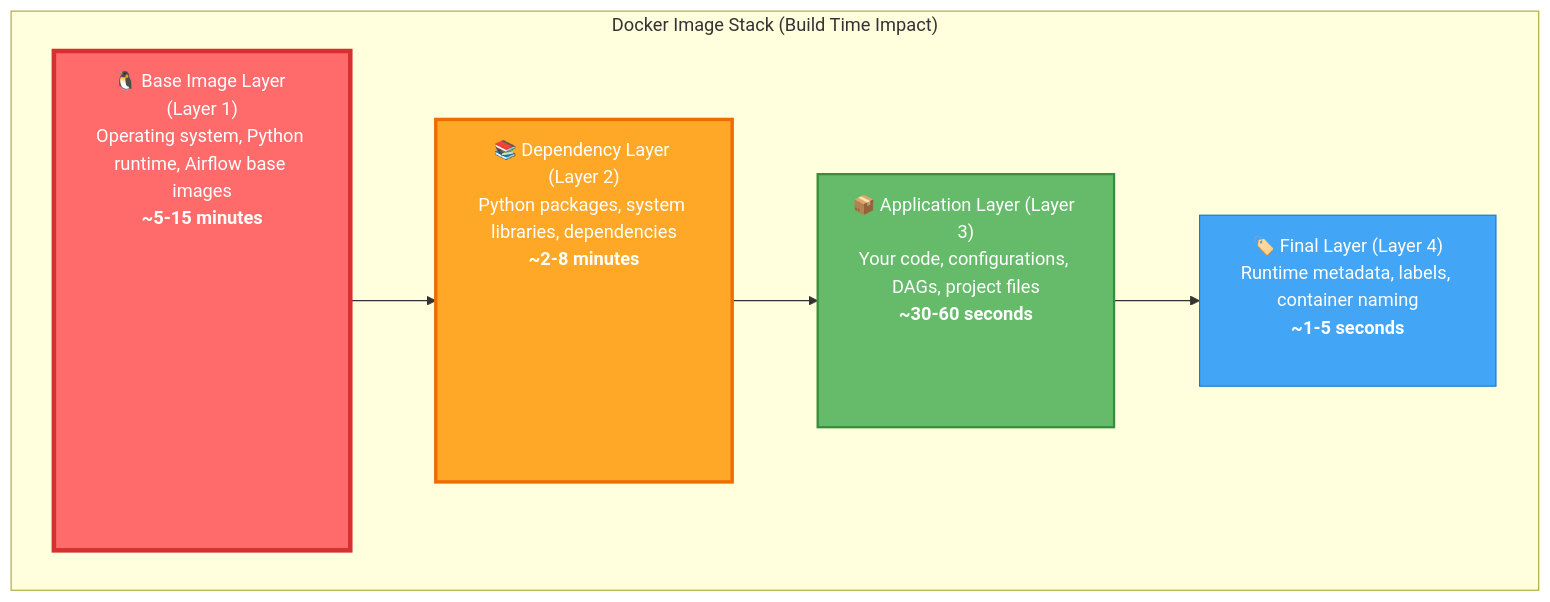
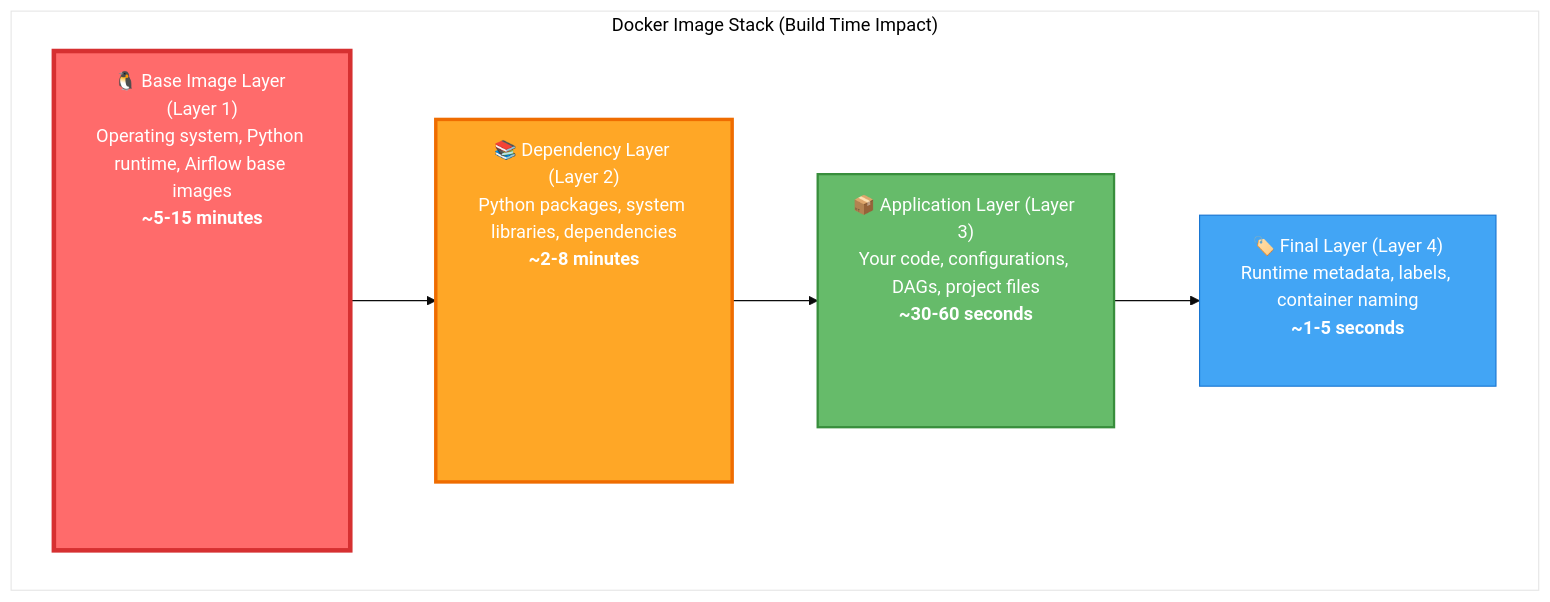
One commit to Troubladore/data-eng-template changed the diagram in docs/template-configuration.md. Above: the diagram before and after it, drawn with Mermaid.

Commit message:
fix: Disable Mermaid diagram controls for cleaner presentation
- Add configuration to remove distracting zoom/pan controls
- Clean base theme for professional documentation
- Focus on content rather than interactive elements

🤖 Generated with [Claude Code](https://claude.ai/code)

````diff
--- a/docs/template-configuration.md
+++ b/docs/template-configuration.md
@@ -11,18 +11,20 @@
 ```mermaid
+%%{init: {'theme':'base', 'themeVariables': { 'primaryColor': '#ffffff'}}}%%
+%%{config: { 'flowchart': { 'htmlLabels': false, 'curve': 'linear' }, 'securityLevel': 'loose' } }%%
 graph TD
     subgraph "Docker Image Stack (Build Time Impact)"
         L4["🏷️ Final Layer (Layer 4)<br/>Runtime metadata, labels, container naming<br/><b>~1-5 seconds</b><br/><br/>"]
         L3["📦 Application Layer (Layer 3)<br/>Your code, configurations, DAGs, project files<br/><b>~30-60 seconds</b><br/><br/><br/><br/>"]
         L2["📚 Dependency Layer (Layer 2)<br/>Python packages, system libraries, dependencies<br/><b>~2-8 minutes</b><br/><br/><br/><br/><br/><br/><br/><br/>"]
         L1["🐧 Base Image Layer (Layer 1)<br/>Operating system, Python runtime, Airflow base images<br/><b>~5-15 minutes</b><br/><br/><br/><br/><br/><br/><br/><br/><br/><br/><br/><br/>"]
     end
 
     L1 --> L2
     L2 --> L3
     L3 --> L4
 
     style L1 fill:#ff6b6b,stroke:#d63031,stroke-width:4px,color:#fff
     style L2 fill:#ffa726,stroke:#ef6c00,stroke-width:3px,color:#fff
     style L3 fill:#66bb6a,stroke:#388e3c,stroke-width:2px,color:#fff
     style L4 fill:#42a5f5,stroke:#1976d2,stroke-width:1px,color:#fff
 ```
````
